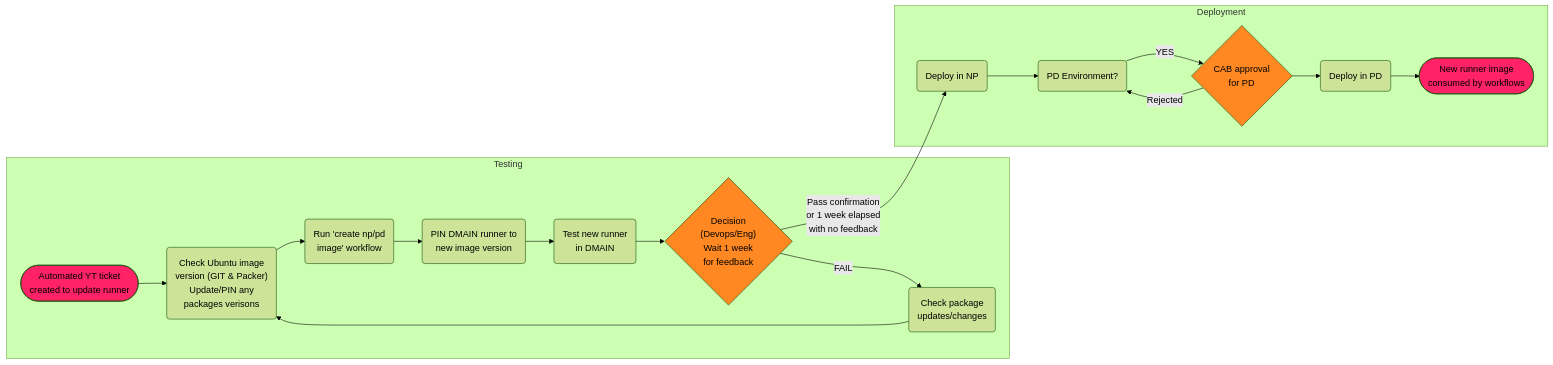
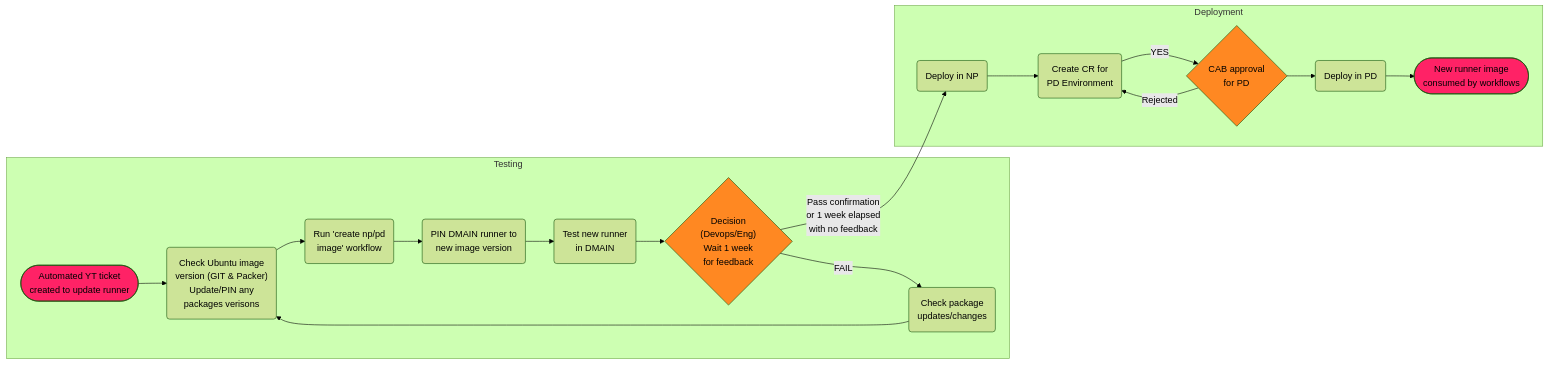
One commit to AlexBritton-CAL/markdown_testing changed the diagram in memaid1.md. Above: the diagram before and after it, drawn with Mermaid (forest theme).

````diff
--- a/memaid1.md
+++ b/memaid1.md
@@ -5,42 +5,42 @@
 ```mermaid
 
 flowchart LR
     A([Automated YT ticket<br>created to update runner])
     A:::firstLast
     B("Check Ubuntu image <br> version (GIT & Packer) <br> Update/PIN any <br> packages verisons")
     C("Run 'create np/pd <br> image' workflow")
     D(PIN DMAIN runner to <br> new image version)
     E(Test new runner <br> in DMAIN)
     F{"Decision<Br>(Devops/Eng)<br>Wait 1 week<br>for feedback"}
     F:::choice
     G(Check package<br>updates/changes)
     I(Deploy in NP)
-    H(PD Environment?)
+    H(Create CR for <br> PD Environment)
     J{CAB approval <br> for PD}
     J:::choice
     K(Deploy in PD)
     End([New runner image <br> consumed by workflows])
     End:::firstLast
 
     classDef firstLast fill:#f26,color:black
     classDef choice fill:#f82,color:black
 
     subgraph Testing
         A --> B
         B --> C
         C --> D
         D --> E
         E --> F
         F --FAIL--> G
         G ---> B
     end
     subgraph Deployment
         I --> H
         H --YES--> J
         J --> K
         J --Rejected--> H
         K --> End
     end
         F --Pass confirmation <br> or 1 week elapsed <br> with no feedback--> I
 
 ```
````
